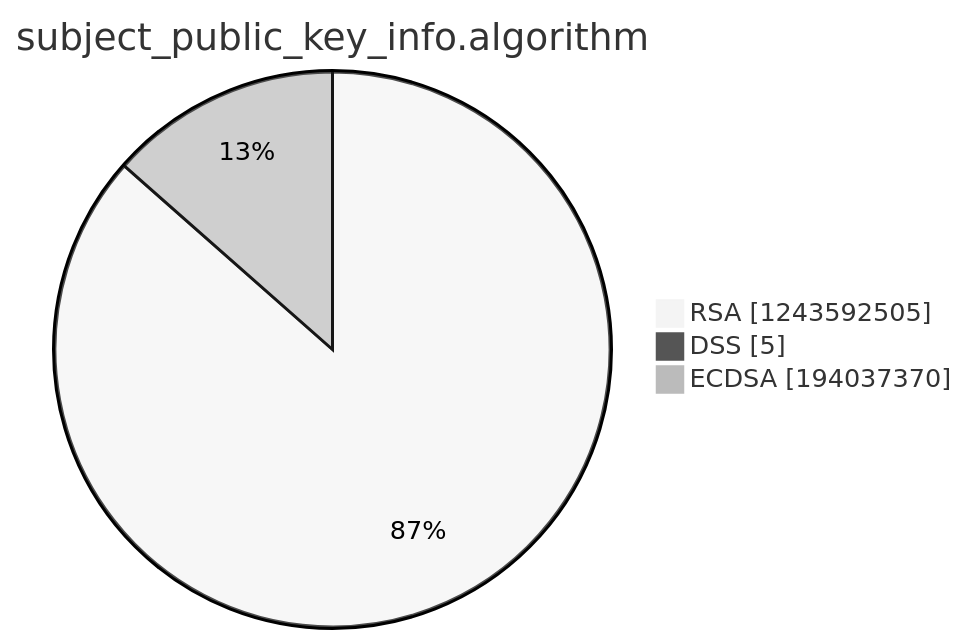
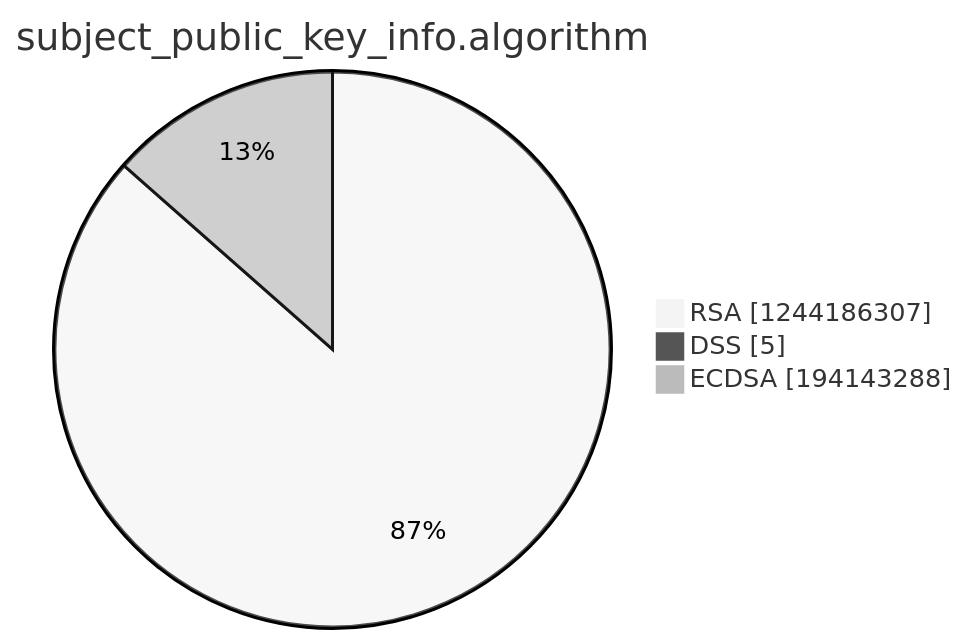
One commit to christiankrug/ctmonitor_visualization changed the third of 15 diagrams in argon2022/README.md. Above: the diagram before and after it, drawn with Mermaid (neutral theme). The commit also changed other lines of this file, not shown here.

````diff
--- a/argon2022/README.md
+++ b/argon2022/README.md
@@ -14,7 +14,7 @@
 ```mermaid
 pie showData
 title subject_public_key_info.algorithm
-"RSA" :1243592505
+"RSA" :1244186307
 "DSS" :5
-"ECDSA" :194037370
+"ECDSA" :194143288
 ```
````
